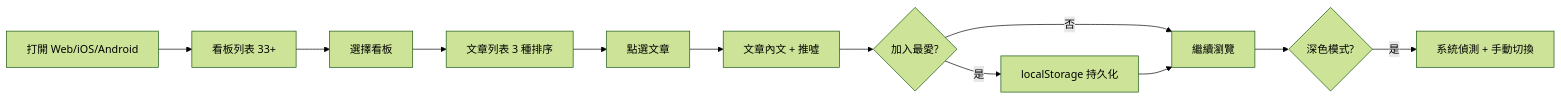
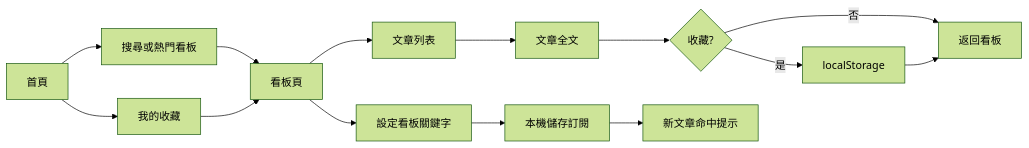
One commit to openclawsean024-create/openptt changed the diagram in PRD/SPEC.md. Above: the diagram before and after it, drawn with Mermaid (forest theme). The commit also changed other lines of this file and 36 other files, not shown here.

Commit message:
feat(m3): complete OpenPTT reading flow

````diff
--- a/PRD/SPEC.md
+++ b/PRD/SPEC.md
@@ -41,14 +104,16 @@
 ```mermaid
 flowchart LR
-  A[打開 Web/iOS/Android] --> B[看板列表 33+]
-  B --> C[選擇看板]
-  C --> D[文章列表 3 種排序]
-  D --> E[點選文章]
-  E --> F[文章內文 + 推噓]
-  F --> G{加入最愛?}
-  G -->|是| H[localStorage 持久化]
-  G -->|否| I[繼續瀏覽]
-  H --> I
-  I --> J{深色模式?}
-  J -->|是| K[系統偵測 + 手動切換]
+  A[首頁] --> B[搜尋或熱門看板]
+  B --> C[看板頁]
+  C --> D[文章列表]
+  D --> E[文章全文]
+  E --> F{收藏?}
+  F -->|是| G[localStorage]
+  F -->|否| H[返回看板]
+  G --> H
+  A --> I[我的收藏]
+  I --> C
+  C --> J[設定看板關鍵字]
+  J --> K[本機儲存訂閱]
+  K --> L[新文章命中提示]
 ```
````
